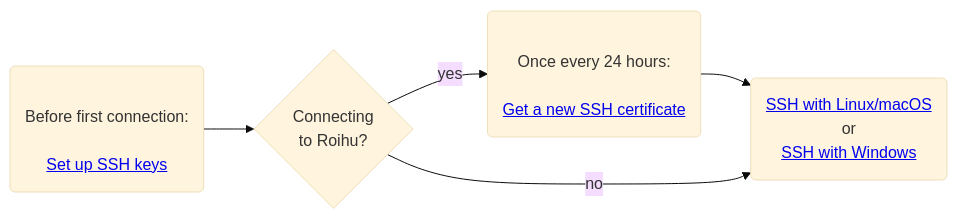
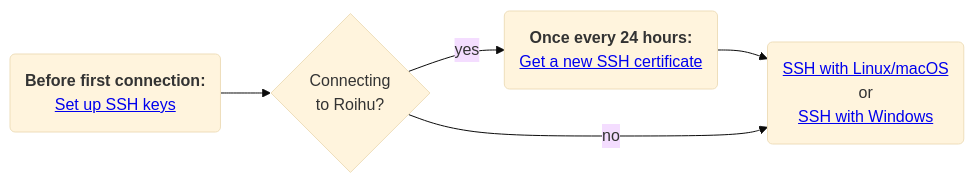
The diagram in docs/computing/connecting/index.md (CSCfi/csc-user-guide), drawn with Mermaid (base theme) before and after one commit.

````diff
--- a/docs/computing/connecting/index.md
+++ b/docs/computing/connecting/index.md
@@ -50,13 +50,13 @@
 ```mermaid
 flowchart LR
-    A(<br>Before first connection:</br>
+    A(<b>Before first connection:</b>
       <a href='ssh-keys/'>Set up SSH keys</a>)
     A --> B{Connecting
             to Roihu?}
-    B -->|yes| C(<br>Once every 24 hours:</br>
+    B -->|yes| C(<b>Once every 24 hours:</b>
                  <a href='ssh-keys/#signing-public-key'>Get a new SSH certificate</a>)
     C --> D(<a href='ssh-unix/'>SSH with Linux/macOS</a>
             or
             <a href='ssh-windows/'>SSH with Windows</a>)
     B -->|no| D
 ```
````
